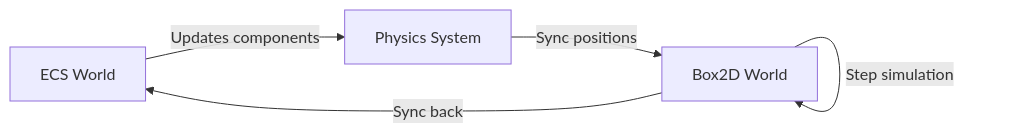
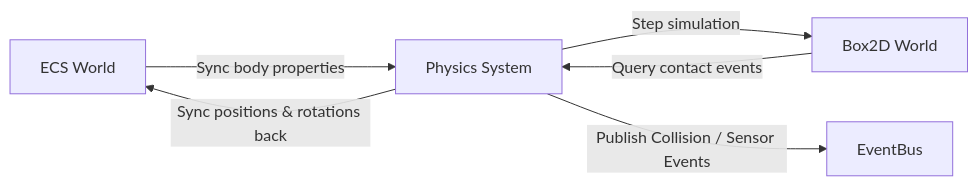
One commit to tsharju/AcornEngine changed the third of 6 diagrams in Engine/README.md. Above: the diagram before and after it, drawn with Mermaid. The commit also changed other lines of this file and 2 other files, not shown here.

Commit message:
docs: update documentation for EventBus, InputSystem, AudioSystem, physics contacts, and instanced rendering

````diff
--- a/Engine/README.md
+++ b/Engine/README.md
@@ -359,7 +492,8 @@
 ```mermaid
 graph LR
-    ECSWorld[ECS World] -->|Updates components| PhysSystem[Physics System]
-    PhysSystem -->|Sync positions| B2World[Box2D World]
-    B2World -->|Step simulation| B2World
-    B2World -->|Sync back| ECSWorld
+    ECSWorld[ECS World] -->|Sync body properties| PhysSystem[Physics System]
+    PhysSystem -->|Step simulation| B2World[Box2D World]
+    B2World -->|Query contact events| PhysSystem
+    PhysSystem -->|Publish Collision / Sensor Events| EventBus[EventBus]
+    PhysSystem -->|Sync positions & rotations back| ECSWorld
 ```
````
